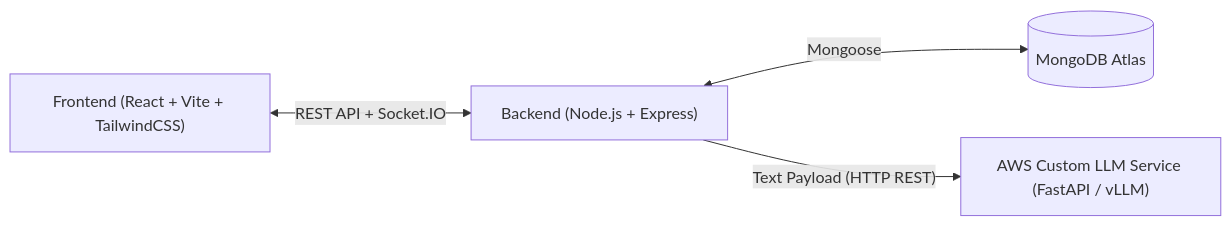
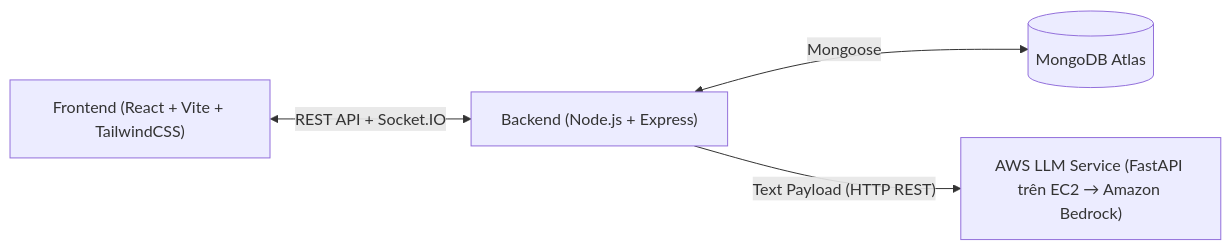
The diagram in docs/architecture-spec.md (USThienPhu/ViAnTam), drawn with Mermaid before and after one commit. The commit also changed other lines of this file and 3 other files, not shown here.

First line of the commit message:
docs: chuyen ai-service sang AWS Bedrock va chot contract TV1-TV3

````diff
--- a/docs/architecture-spec.md
+++ b/docs/architecture-spec.md
@@ -18,6 +18,6 @@
 ```mermaid
 flowchart LR
     FE["Frontend (React + Vite + TailwindCSS)"] <-->|"REST API + Socket.IO"| BE["Backend (Node.js + Express)"]
     BE <-->|"Mongoose"| DB[("MongoDB Atlas")]
-    BE -->|"Text Payload (HTTP REST)"| LLM["AWS Custom LLM Service (FastAPI / vLLM)"]
+    BE -->|"Text Payload (HTTP REST)"| LLM["AWS LLM Service (FastAPI trên EC2 → Amazon Bedrock)"]
 ```
````
